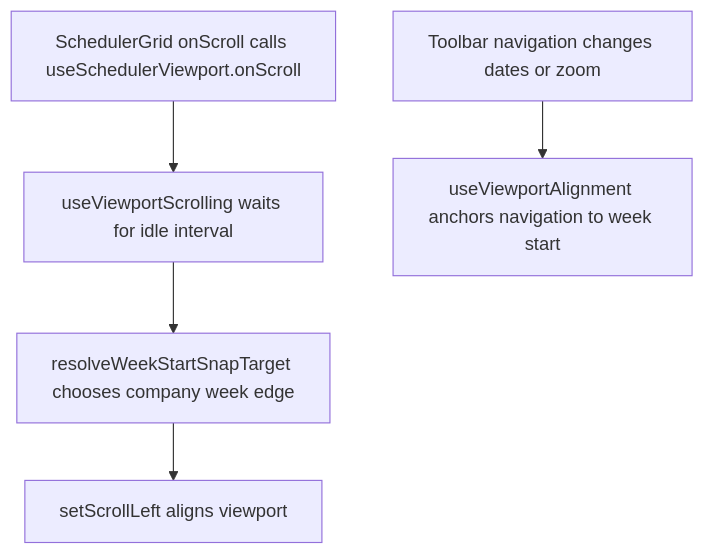
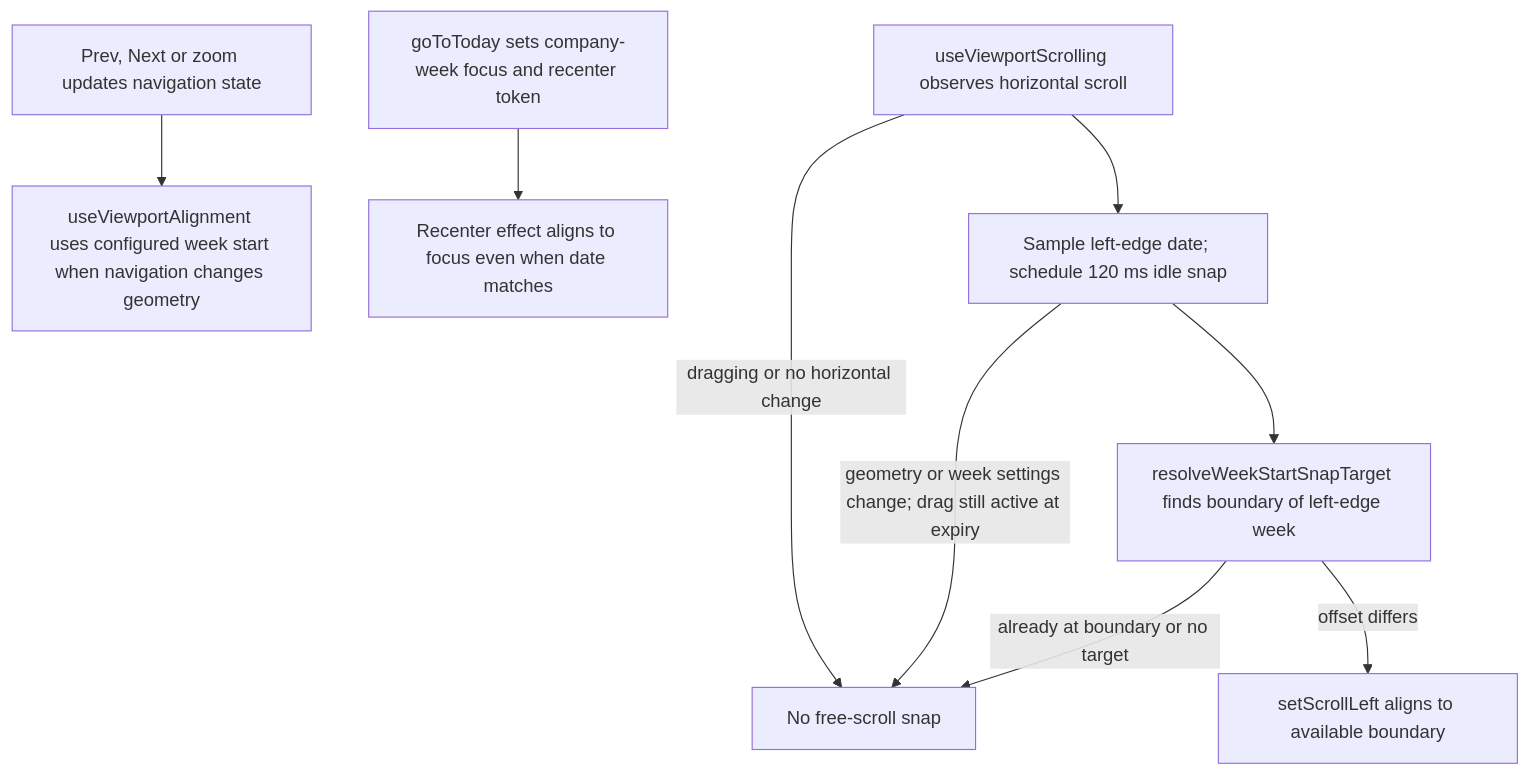
Before and after one commit to Kevinjohn/capacitylens: the second of 2 diagrams in user-stories/toolbar/US-TBR-08-week-start-snap.md, drawn with Mermaid. The commit also changed other lines of this file and 172 other files, not shown here.

Commit message:
docs: reconcile user story code flows with source

````diff
--- a/user-stories/toolbar/US-TBR-08-week-start-snap.md
+++ b/user-stories/toolbar/US-TBR-08-week-start-snap.md
@@ -33,7 +33,11 @@
 ```mermaid
 flowchart TD
-  A["SchedulerGrid onScroll calls useSchedulerViewport.onScroll"] --> B["useViewportScrolling waits for idle interval"]
-  B --> C["resolveWeekStartSnapTarget chooses company week edge"]
-  C --> D["setScrollLeft aligns viewport"]
-  E["Toolbar navigation changes dates or zoom"] --> F["useViewportAlignment anchors navigation to week start"]
+  Pan["Prev, Next or zoom updates navigation state"] --> Align["useViewportAlignment uses configured week start when navigation changes geometry"]
+  Today["goToToday sets company-week focus and recenter token"] --> Center["Recenter effect aligns to focus even when date matches"]
+  Scroll["useViewportScrolling observes horizontal scroll"] --> Idle["Sample left-edge date; schedule 120 ms idle snap"]
+  Scroll -->|dragging or no horizontal change| None["No free-scroll snap"]
+  Idle -->|geometry or week settings change; drag still active at expiry| None
+  Idle --> Target["resolveWeekStartSnapTarget finds boundary of left-edge week"]
+  Target -->|already at boundary or no target| None
+  Target -->|offset differs| Snap["setScrollLeft aligns to available boundary"]
 ```
````
